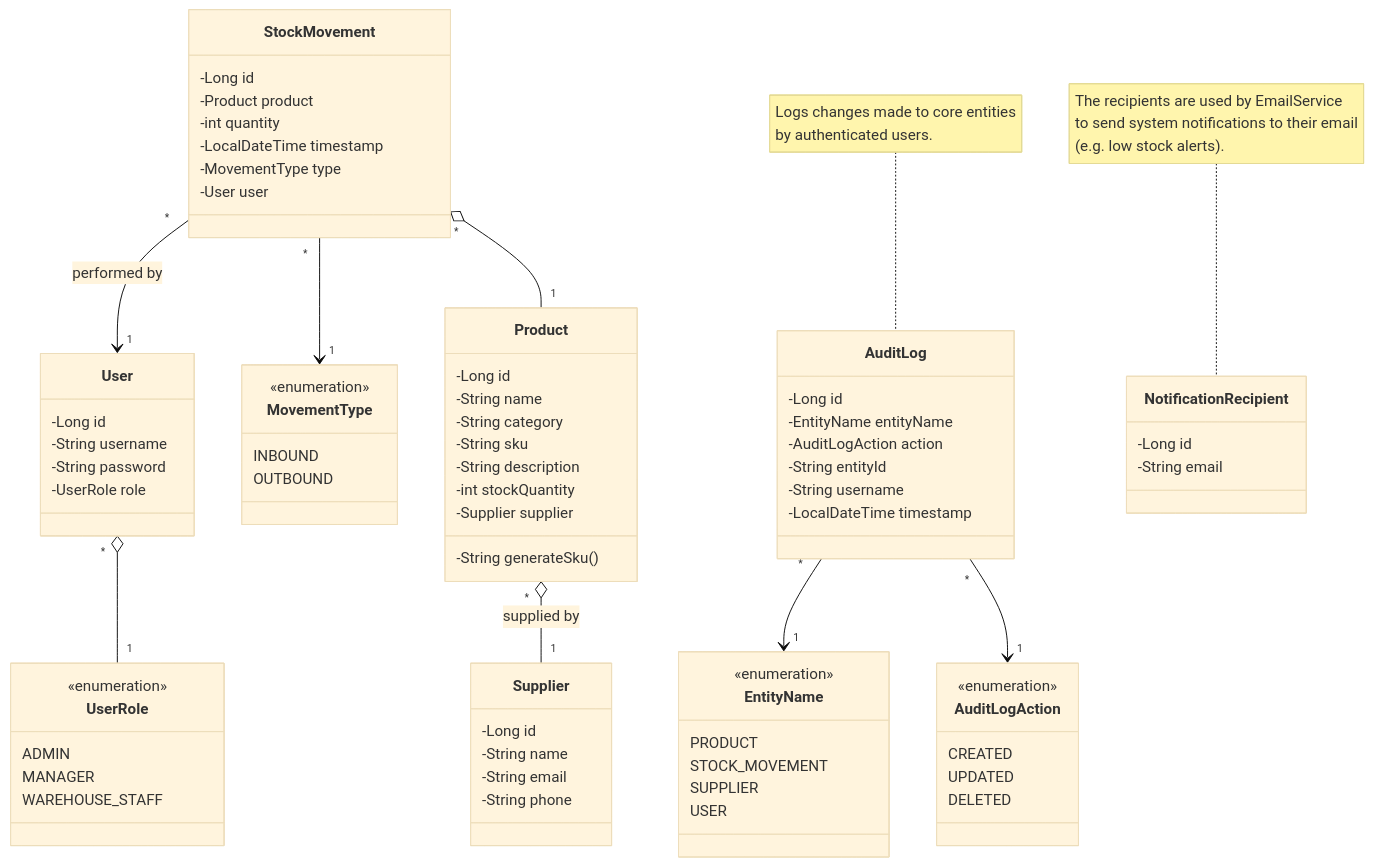
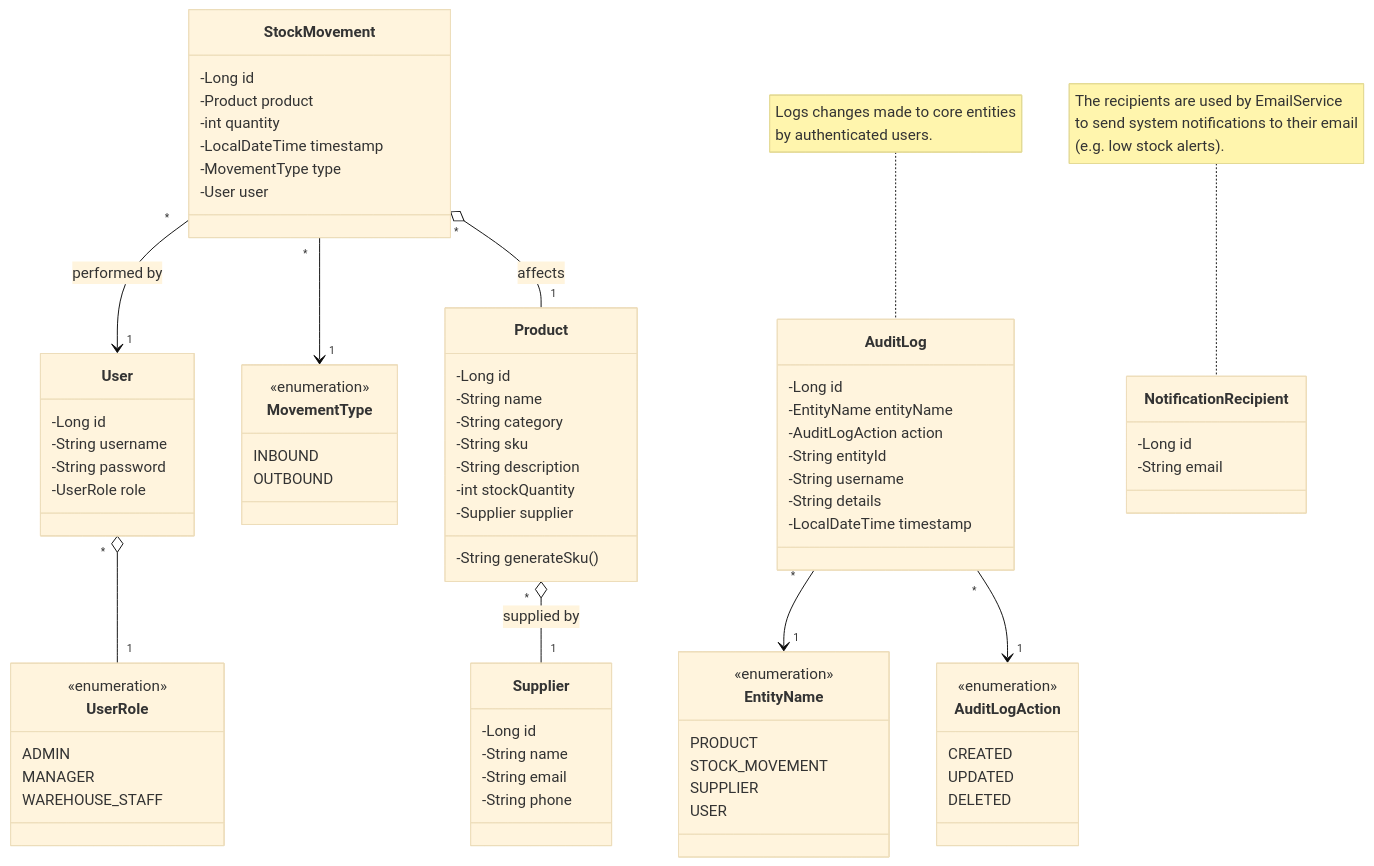
One commit to Zato-One/stock-tracker changed the diagram in docs/class-diagram.md. Above: the diagram before and after it, drawn with Mermaid (base theme). The commit also changed 1 other file, not shown here.

Commit message:
ER diagram and class diagram small updates

```diff
--- a/docs/class-diagram.md
+++ b/docs/class-diagram.md
@@ -60,6 +60,7 @@
         -AuditLogAction action
         -String entityId
         -String username
+        -String details
         -LocalDateTime timestamp
     }
     
@@ -87,7 +88,7 @@
     StockMovement "*" --> "1" MovementType
     StockMovement "*" --> "1" User : performed by
     Product "*" o-- "1" Supplier : supplied by
-    StockMovement "*" o-- "1" Product
+    StockMovement "*" o-- "1" Product : affects
     User "*" o-- "1" UserRole 
     AuditLog "*" --> "1" EntityName
     AuditLog "*" --> "1" AuditLogAction
```
